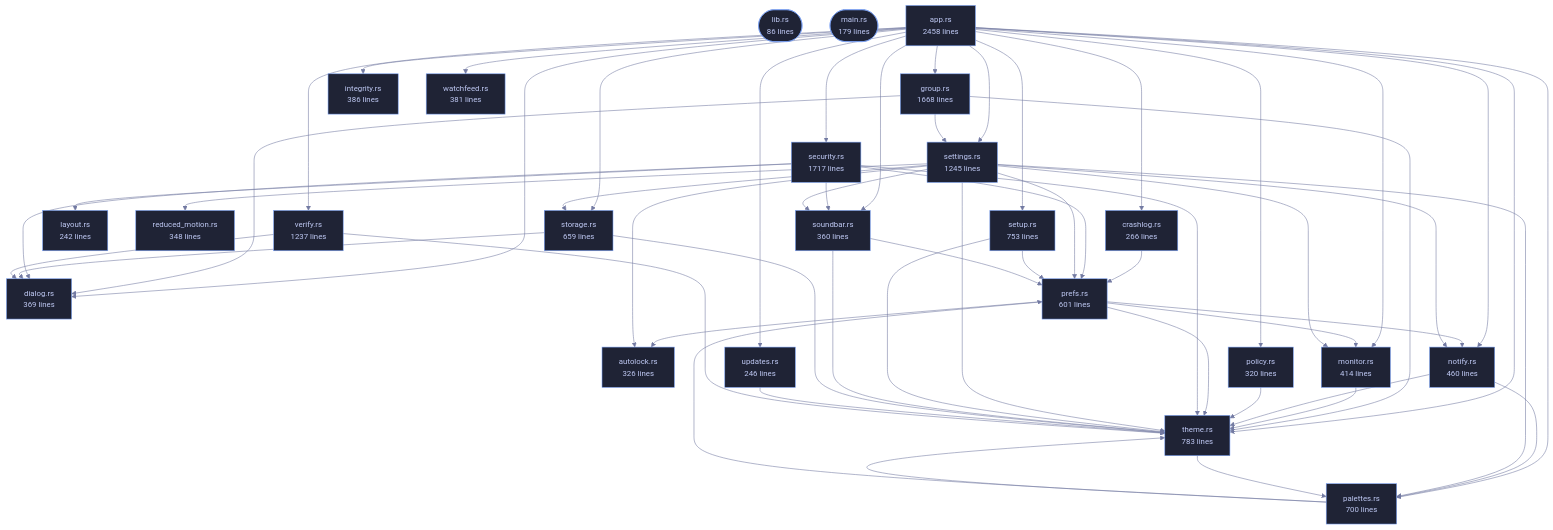
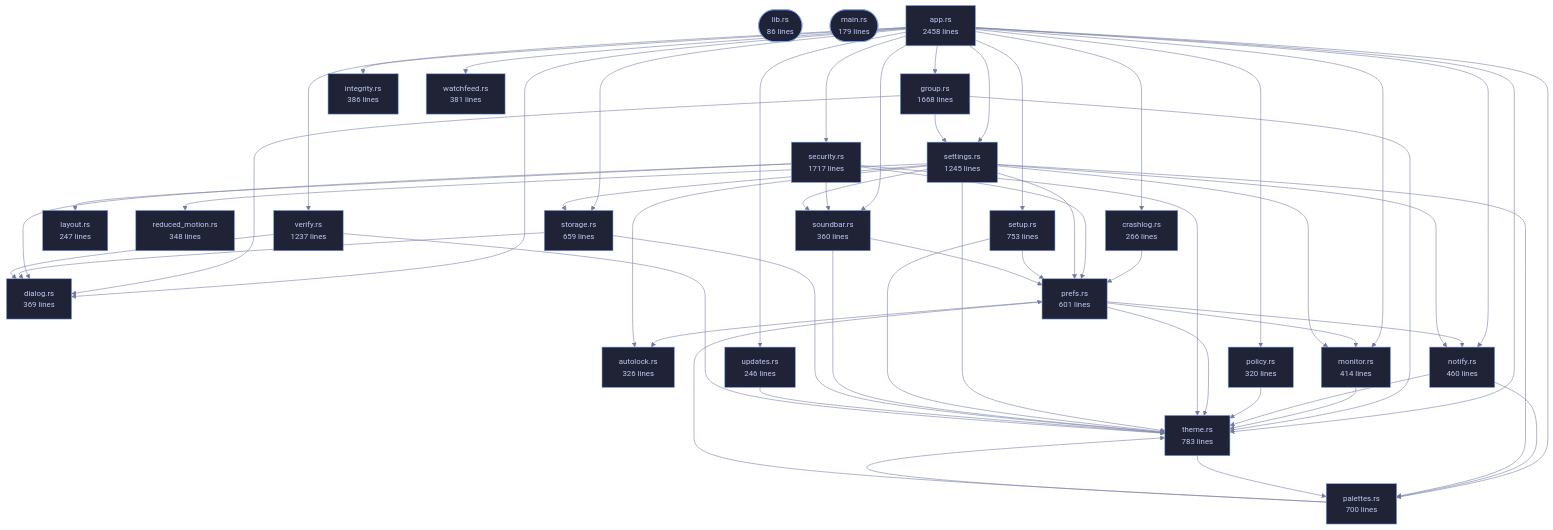
Before and after one commit to tilas01/veilvoice: the diagram in wiki/Crate-veilvoice-gui.md, drawn with Mermaid. The commit also changed other lines of this file and 10 other files, not shown here.

```diff
--- a/wiki/Crate-veilvoice-gui.md
+++ b/wiki/Crate-veilvoice-gui.md
@@ -89,7 +89,7 @@
     n_dialog["dialog.rs<br/>369 lines"]
     n_group["group.rs<br/>1668 lines"]
     n_integrity["integrity.rs<br/>386 lines"]
-    n_layout["layout.rs<br/>242 lines"]
+    n_layout["layout.rs<br/>247 lines"]
     n_monitor["monitor.rs<br/>414 lines"]
     n_notify["notify.rs<br/>460 lines"]
     n_palettes["palettes.rs<br/>700 lines"]
```
